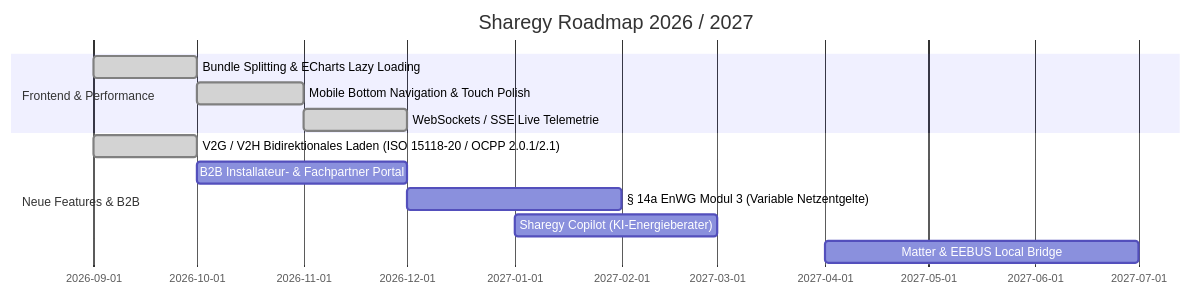
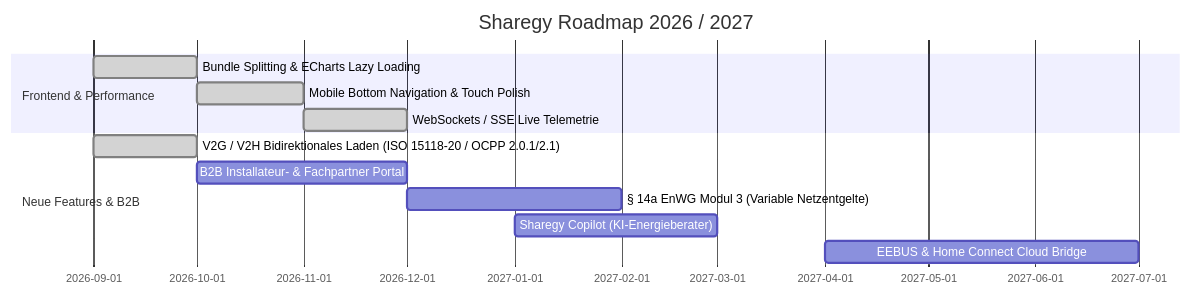
Before and after one commit to smartcuc/homeassistant-sharegy: the diagram in docs/SHAREGY_CODEBASE_AUDIT_AND_FEATURE_EXPANSION.md, drawn with Mermaid. The commit also changed other lines of this file and 9 other files, not shown here.

````diff
--- a/docs/SHAREGY_CODEBASE_AUDIT_AND_FEATURE_EXPANSION.md
+++ b/docs/SHAREGY_CODEBASE_AUDIT_AND_FEATURE_EXPANSION.md
@@ -139,15 +139,15 @@
 ```mermaid
 gantt
     title Sharegy Roadmap 2026 / 2027
     dateFormat  YYYY-MM
     section Frontend & Performance
     Bundle Splitting & ECharts Lazy Loading :done, 2026-09, 2026-10
     Mobile Bottom Navigation & Touch Polish :done, 2026-10, 2026-11
     WebSockets / SSE Live Telemetrie       :done, 2026-11, 2026-12
     section Neue Features & B2B
     V2G / V2H Bidirektionales Laden (ISO 15118-20 / OCPP 2.0.1/2.1) :done, 2026-09, 2026-10
     B2B Installateur- & Fachpartner Portal :2026-10, 2026-12
     § 14a EnWG Modul 3 (Variable Netzentgelte):2026-12, 2027-02
     Sharegy Copilot (KI-Energieberater)     :2027-01, 2027-03
-    Matter & EEBUS Local Bridge            :2027-04, 2027-07
+    EEBUS & Home Connect Cloud Bridge      :2027-04, 2027-07
 ```
````
